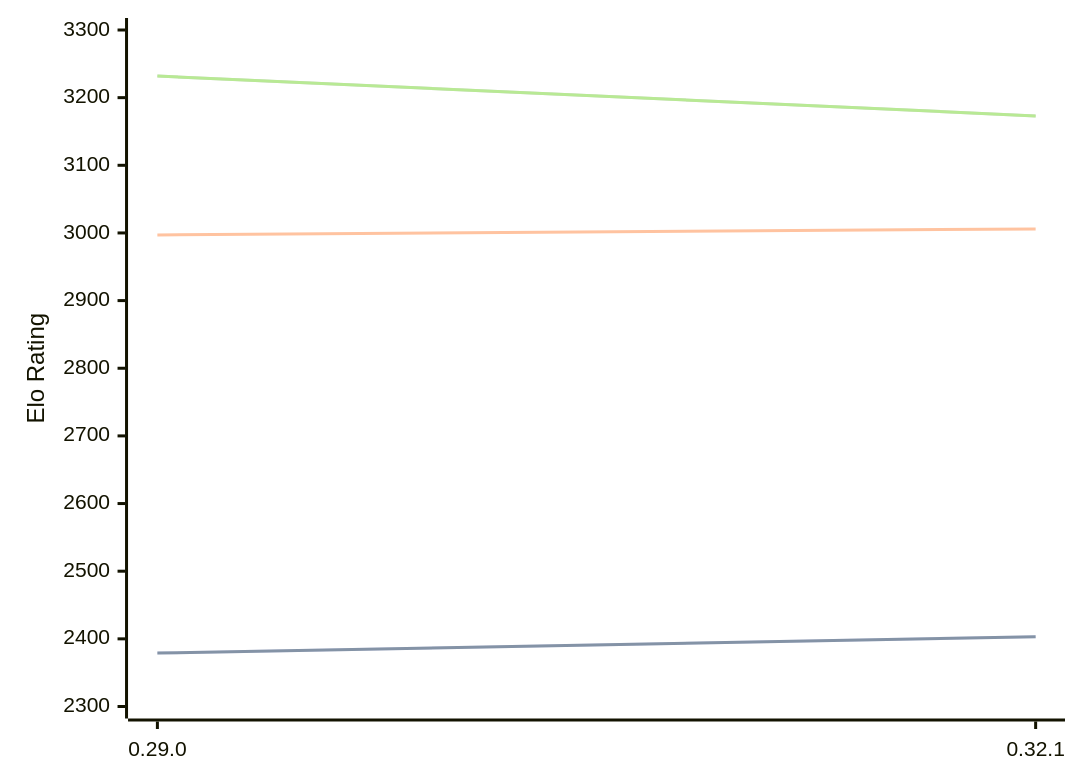
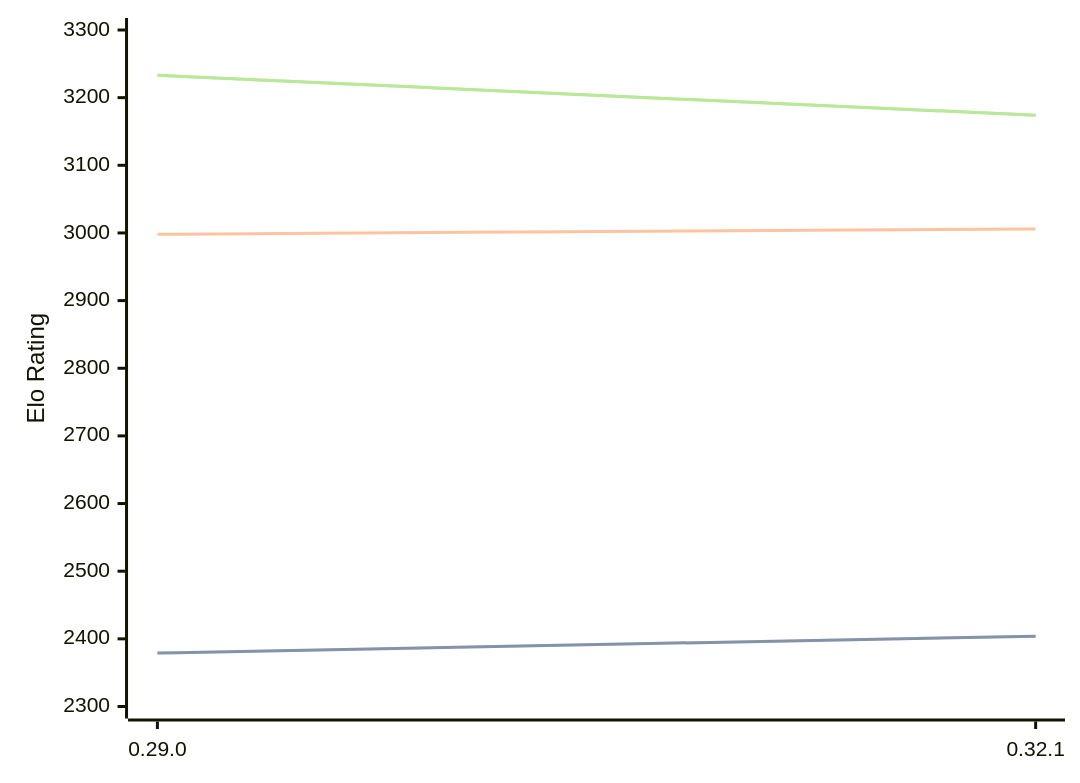
Before and after one commit to computer-chess-index/cci: the diagram in engines/Lc0.md, drawn with Mermaid. The commit also changed other lines of this file, not shown here.

Commit message:
Update CCI Ratings (ELO VLTC) - 2026-09-13

````diff
--- a/engines/Lc0.md
+++ b/engines/Lc0.md
@@ -32,11 +32,11 @@
 ```mermaid
 %%{init: {"theme":"base","themeVariables":{"seriesColors:['#a3a3a3','#222221','#faa371']}}}%%
 xychart-beta
   x-axis ["0.29.0", "0.32.1"]
   y-axis "Elo Rating" 2300 --> 3300
-  line "" [2379, 2403]
-  line "STC (8.0+0.08s)" [2379, 2403]
-  line "LTC (60.0+0.60s)" [2997, 3006]
-  line "" [3232, 3173]
-  line "VLTC (2m24s+1.12s)" [3232, 3173]
+  line "" [2379, 2404]
+  line "STC (8.0+0.08s)" [2379, 2404]
+  line "LTC (60.0+0.60s)" [2998, 3006]
+  line "" [3233, 3174]
+  line "VLTC (2m24s+1.12s)" [3233, 3174]
 ```
````
